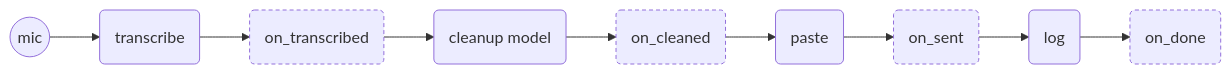
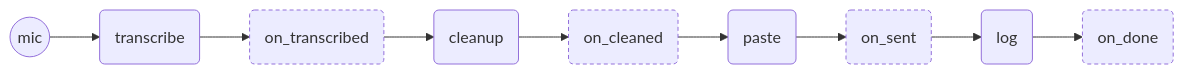
One commit to nigelgilbert/KikuFlow changed the diagram in docs/hooks.md. Above: the diagram before and after it, drawn with Mermaid.

Commit message:
Tasteful edit of the diagram

````diff
--- a/docs/hooks.md
+++ b/docs/hooks.md
@@ -5,6 +5,6 @@
 ```mermaid
 flowchart LR
-    mic((mic)) --> stt(transcribe) --> t(on_transcribed):::hook --> clean(cleanup model)
+    mic((mic)) --> stt(transcribe) --> t(on_transcribed):::hook --> clean(cleanup)
     clean --> c(on_cleaned):::hook --> paste(paste) --> s(on_sent):::hook --> log(log) --> d(on_done):::hook
     classDef hook stroke-dasharray: 4 3
 ```
````
